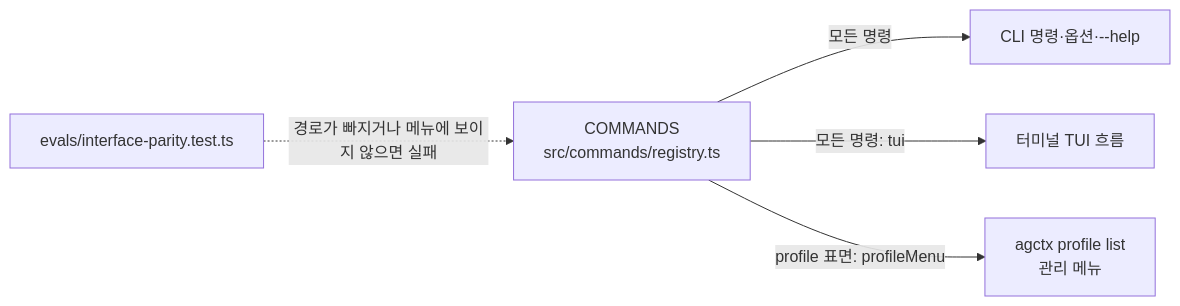
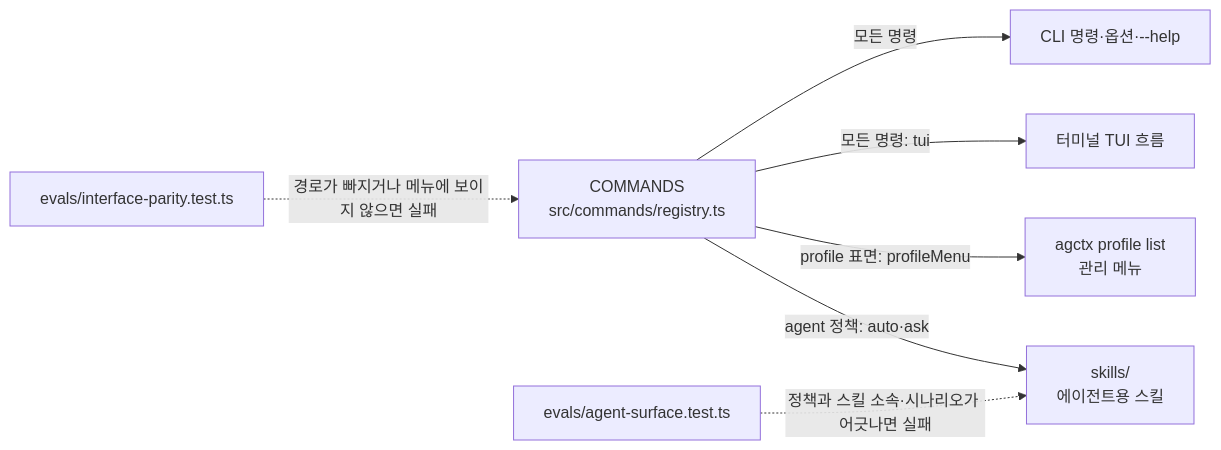
The first of 2 diagrams in docs/discussion/architecture/topics/implementation-contracts.md (IsthisLee/agent-context-manager), drawn with Mermaid before and after one commit. The commit also changed other lines of this file and 22 other files, not shown here.

````diff
--- a/docs/discussion/architecture/topics/implementation-contracts.md
+++ b/docs/discussion/architecture/topics/implementation-contracts.md
@@ -17,7 +17,9 @@
 ```mermaid
 flowchart LR
   REG["COMMANDS<br/>src/commands/registry.ts"] -->|"모든 명령"| CLI["CLI 명령·옵션·--help"]
   REG -->|"모든 명령: tui"| TUI["터미널 TUI 흐름"]
   REG -->|"profile 표면: profileMenu"| MENU["agctx profile list<br/>관리 메뉴"]
+  REG -->|"agent 정책: auto·ask"| SKILL["skills/<br/>에이전트용 스킬"]
   EVAL["evals/interface-parity.test.ts"] -.->|"경로가 빠지거나 메뉴에 보이지 않으면 실패"| REG
+  EVAL2["evals/agent-surface.test.ts"] -.->|"정책과 스킬 소속·시나리오가 어긋나면 실패"| SKILL
 ```
````
